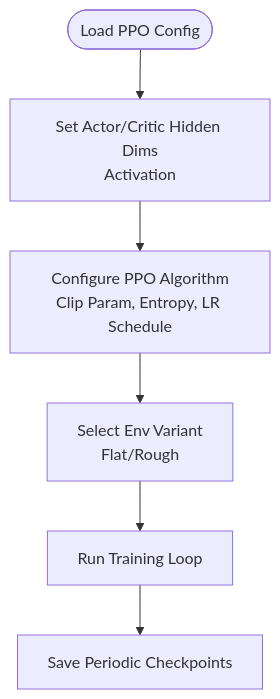
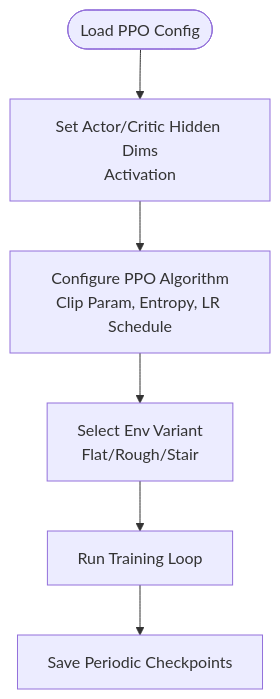
Before and after one commit to jayjayhust/robot_lab: the third of 6 diagrams in .qoder/repowiki/en/content/Training Pipeline Architecture/RSL-RL Training System.md, drawn with Mermaid. The commit also changed other lines of this file and 21 other files, not shown here.

````diff
--- a/.qoder/repowiki/en/content/Training Pipeline Architecture/RSL-RL Training System.md
+++ b/.qoder/repowiki/en/content/Training Pipeline Architecture/RSL-RL Training System.md
@@ -101,8 +115,8 @@
 ```mermaid
 flowchart TD
 Start(["Load PPO Config"]) --> Arch["Set Actor/Critic Hidden Dims<br/>Activation"]
 Arch --> Algo["Configure PPO Algorithm<br/>Clip Param, Entropy, LR Schedule"]
-Algo --> Env["Select Env Variant<br/>Flat/Rough"]
+Algo --> Env["Select Env Variant<br/>Flat/Rough/Stair"]
 Env --> Train["Run Training Loop"]
 Train --> Save["Save Periodic Checkpoints"]
 ```
````
